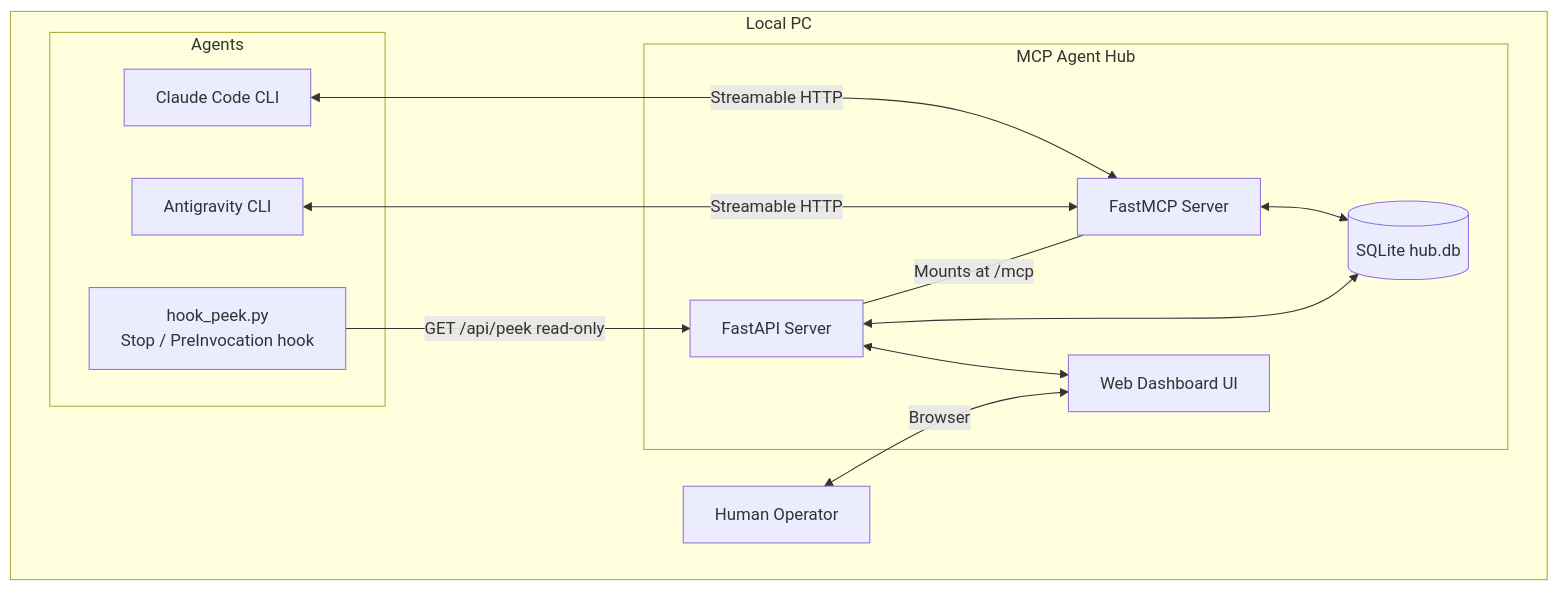
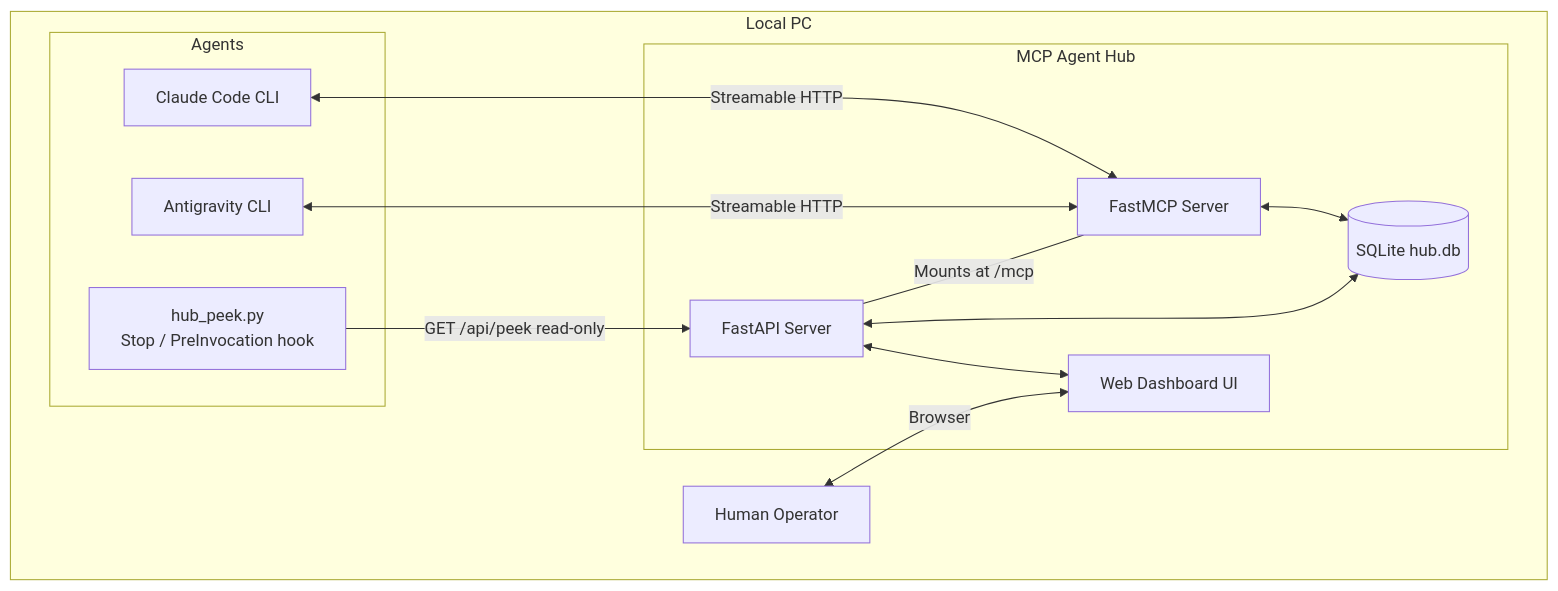
Before and after one commit to avdiam/mcp-agent-hub: the diagram in docs/dev/architecture.md, drawn with Mermaid. The commit also changed other lines of this file and 4 other files, not shown here.

First line of the commit message:
doc: harden agent-hub-live for ack-less kinds + fix stale hub_peek.py refs

````diff
--- a/docs/dev/architecture.md
+++ b/docs/dev/architecture.md
@@ -5,27 +5,27 @@
 ```mermaid
 graph TD
     subgraph Local PC
         subgraph Agents
             Claude[Claude Code CLI]
             Gemini[Antigravity CLI]
-            Hook[hook_peek.py<br/>Stop / PreInvocation hook]
+            Hook[hub_peek.py<br/>Stop / PreInvocation hook]
         end
 
         subgraph MCP Agent Hub
             UI[Web Dashboard UI]
             FastAPI[FastAPI Server]
             FastMCP[FastMCP Server]
             DB[(SQLite hub.db)]
 
             FastAPI <--> UI
             FastAPI <--> DB
             FastMCP <--> DB
             FastAPI --- |Mounts at /mcp| FastMCP
         end
 
         Claude <-->|Streamable HTTP| FastMCP
         Gemini <-->|Streamable HTTP| FastMCP
         Hook -->|GET /api/peek read-only| FastAPI
         User[Human Operator] <-->|Browser| UI
     end
 ```
````
